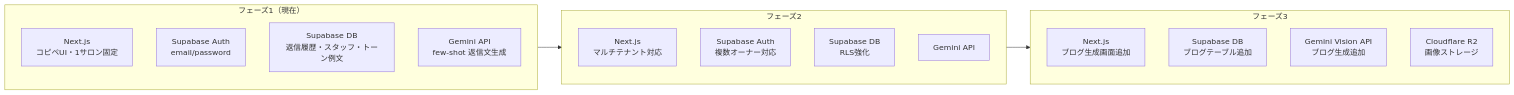
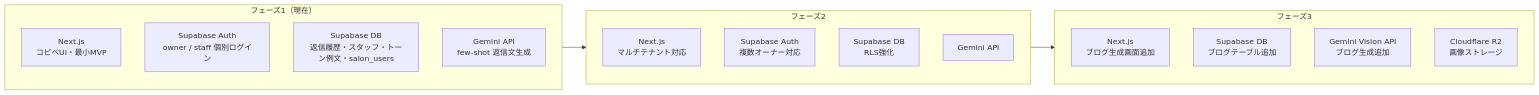
The third of 3 diagrams in docs/99_research/technology/architecture.md (fu-mi-man/salon-ai), drawn with Mermaid before and after one commit. The commit also changed other lines of this file and 10 other files, not shown here.

````diff
--- a/docs/99_research/technology/architecture.md
+++ b/docs/99_research/technology/architecture.md
@@ -93,25 +93,25 @@
 ```mermaid
 graph LR
   subgraph ph1["フェーズ1（現在）"]
-    A1["Next.js\nコピペUI・1サロン固定"]
-    A2["Supabase Auth\nemail/password"]
-    A3["Supabase DB\n返信履歴・スタッフ・トーン例文"]
+    A1["Next.js\nコピペUI・最小MVP"]
+    A2["Supabase Auth\nowner / staff 個別ログイン"]
+    A3["Supabase DB\n返信履歴・スタッフ・トーン例文・salon_users"]
     A4["Gemini API\nfew-shot 返信文生成"]
   end
 
   subgraph ph2["フェーズ2"]
     B1["Next.js\nマルチテナント対応"]
     B2["Supabase Auth\n複数オーナー対応"]
     B3["Supabase DB\nRLS強化"]
     B4["Gemini API"]
   end
 
   subgraph ph3["フェーズ3"]
     C1["Next.js\nブログ生成画面追加"]
     C2["Supabase DB\nブログテーブル追加"]
     C3["Gemini Vision API\nブログ生成追加"]
     C4["Cloudflare R2\n画像ストレージ"]
   end
 
   ph1 --> ph2 --> ph3
 ```
````
